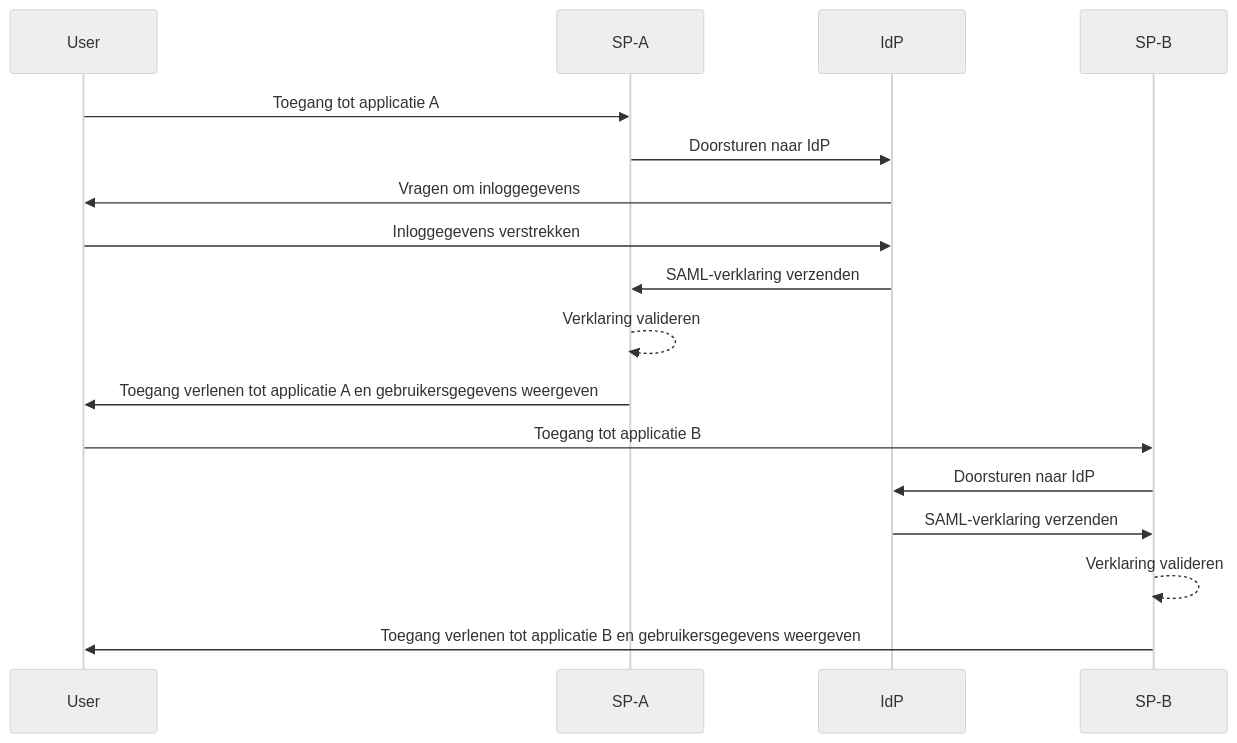
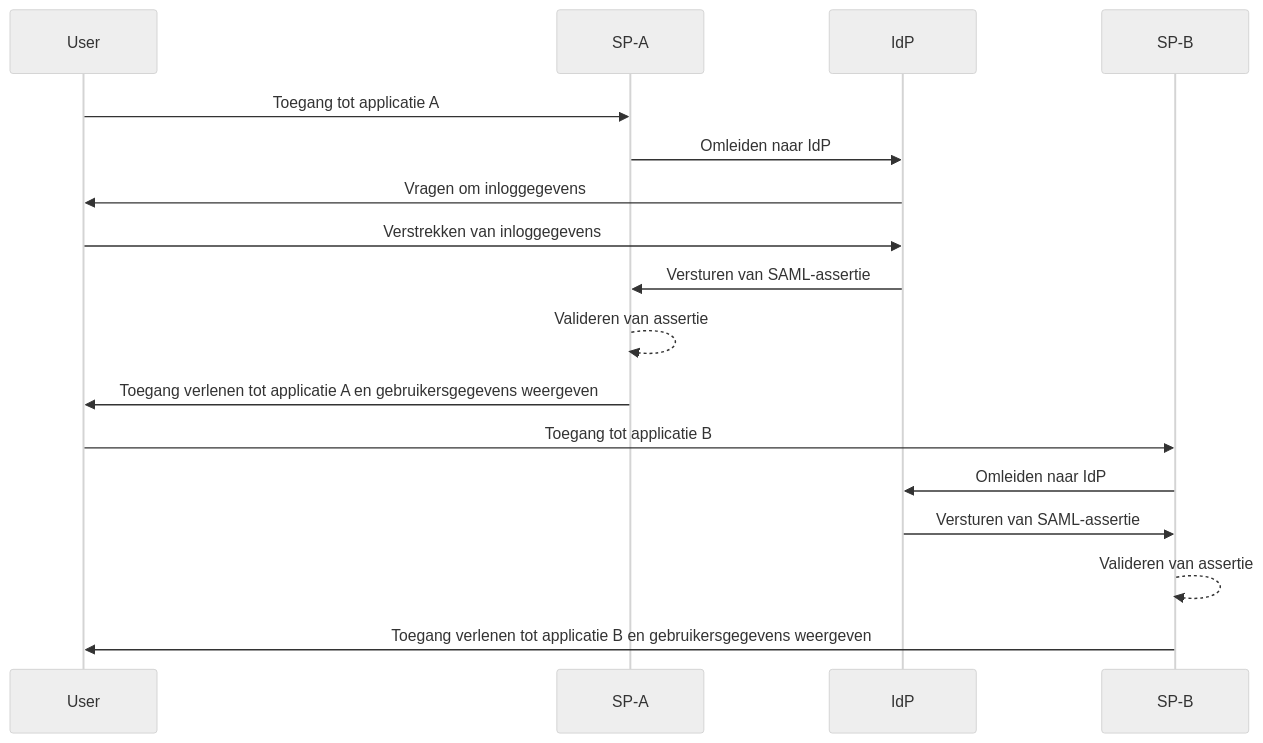
One commit to logto-io/auth-wiki changed the first of 2 diagrams in src/content/terms/nl/single-sign-on.mdx. Above: the diagram before and after it, drawn with Mermaid (neutral theme). The commit also changed other lines of this file and 8 other files, not shown here.

````diff
--- a/src/content/terms/nl/single-sign-on.mdx
+++ b/src/content/terms/nl/single-sign-on.mdx
@@ -29,20 +31,20 @@
 ```mermaid
 sequenceDiagram
     participant User
     participant SP-A
     participant IdP
     participant SP-B
 
     User->>SP-A: Toegang tot applicatie A
-    SP-A->>IdP: Doorsturen naar IdP
+    SP-A->>IdP: Omleiden naar IdP
     IdP->>User: Vragen om inloggegevens
-    User->>IdP: Inloggegevens verstrekken
-    IdP->>SP-A: SAML-verklaring verzenden
-    SP-A-->>SP-A: Verklaring valideren
+    User->>IdP: Verstrekken van inloggegevens
+    IdP->>SP-A: Versturen van SAML-assertie
+    SP-A-->>SP-A: Valideren van assertie
     SP-A->>User: Toegang verlenen tot applicatie A en gebruikersgegevens weergeven
     User->>SP-B: Toegang tot applicatie B
-    SP-B->>IdP: Doorsturen naar IdP
-    IdP->>SP-B: SAML-verklaring verzenden
-    SP-B-->>SP-B: Verklaring valideren
+    SP-B->>IdP: Omleiden naar IdP
+    IdP->>SP-B: Versturen van SAML-assertie
+    SP-B-->>SP-B: Valideren van assertie
     SP-B->>User: Toegang verlenen tot applicatie B en gebruikersgegevens weergeven
 ```
````
